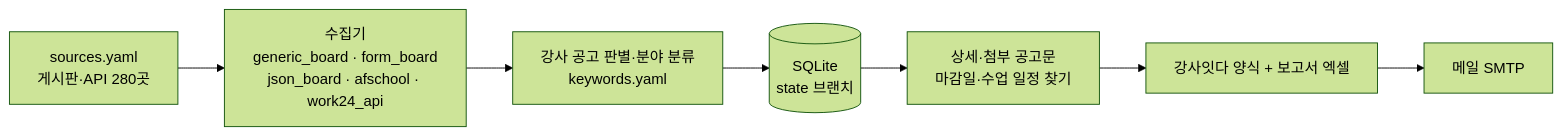
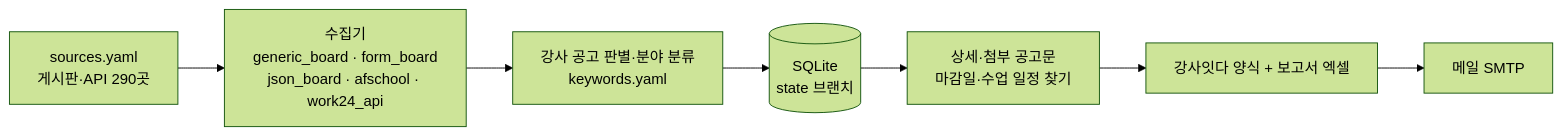
The diagram in docs/DESIGN.md (thskal17-sudo/busan-school-company), drawn with Mermaid (forest theme) before and after one commit. The commit also changed other lines of this file and 5 other files, not shown here.

````diff
--- a/docs/DESIGN.md
+++ b/docs/DESIGN.md
@@ -29,9 +29,9 @@
 ```mermaid
 flowchart LR
-    S[sources.yaml<br/>게시판·API 280곳] --> C[수집기<br/>generic_board · form_board<br/>json_board · afschool · work24_api]
+    S[sources.yaml<br/>게시판·API 290곳] --> C[수집기<br/>generic_board · form_board<br/>json_board · afschool · work24_api]
     C --> F[강사 공고 판별·분야 분류<br/>keywords.yaml]
     F --> D[(SQLite<br/>state 브랜치)]
     D --> I[상세·첨부 공고문<br/>마감일·수업 일정 찾기]
     I --> X[강사잇다 양식 + 보고서 엑셀]
     X --> M[메일 SMTP]
 ```
````
